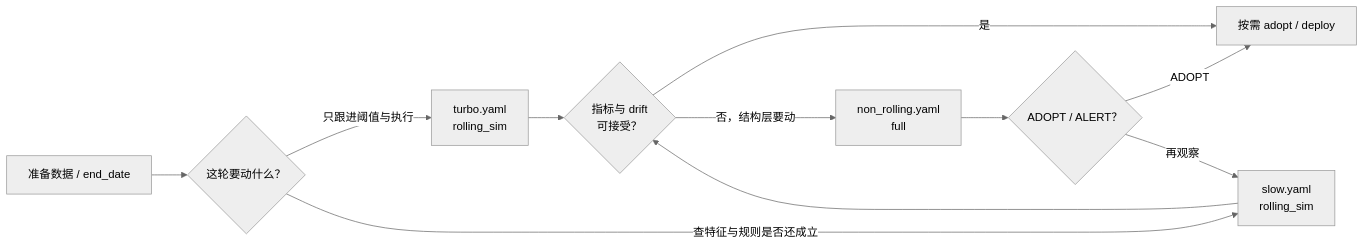
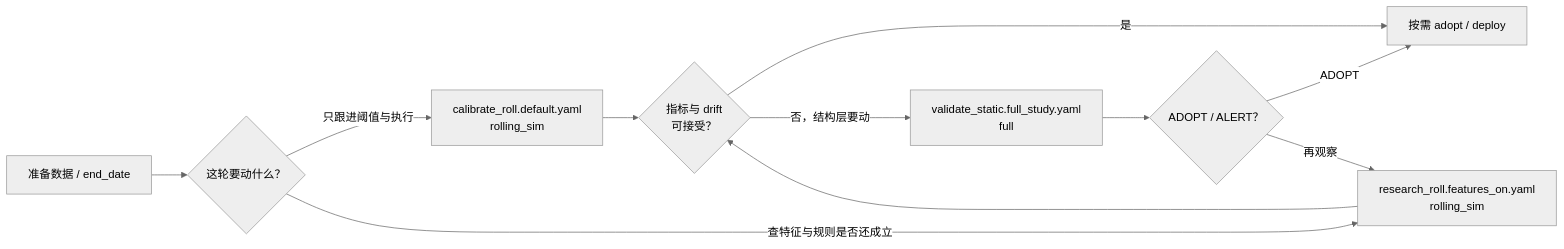
The second of 4 diagrams in README_CN.md (SnYang096/ml-trading-bot), drawn with Mermaid (neutral theme) before and after one commit. The commit also changed other lines of this file and 62 other files, not shown here.

First line of the commit message:
Align research YAML on packaged stems and multileg config resolution

````diff
--- a/README_CN.md
+++ b/README_CN.md
@@ -403,17 +403,17 @@
 ```mermaid
 flowchart LR
   A[准备数据 / end_date] --> B{这轮要动什么？}
 
-  B -->|只跟进阈值与执行| C["turbo.yaml\nrolling_sim"]
-  B -->|查特征与规则是否还成立| D["slow.yaml\nrolling_sim"]
+  B -->|只跟进阈值与执行| C["calibrate_roll.default.yaml\nrolling_sim"]
+  B -->|查特征与规则是否还成立| D["research_roll.features_on.yaml\nrolling_sim"]
 
   C --> E{指标与 drift\n可接受？}
   D --> E
 
   E -->|是| F[按需 adopt / deploy]
-  E -->|否，结构层要动| G["non_rolling.yaml\nfull"]
+  E -->|否，结构层要动| G["validate_static.full_study.yaml\nfull"]
 
   G --> H{ADOPT / ALERT？}
   H -->|ADOPT| F
   H -->|再观察| D
 ```
````
